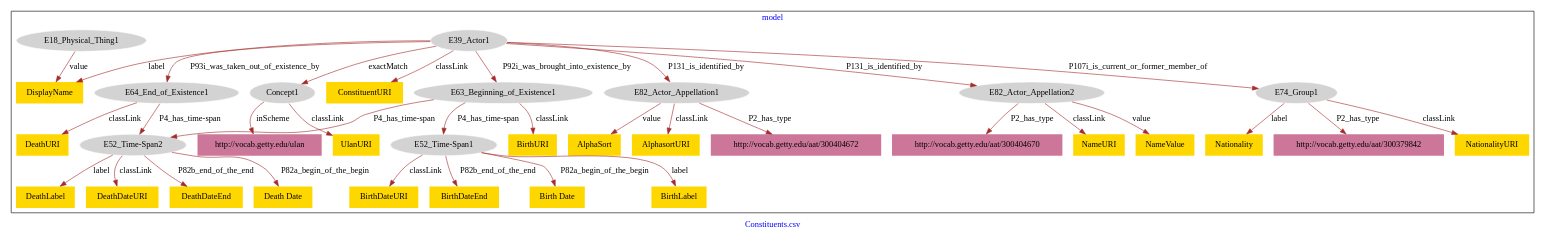
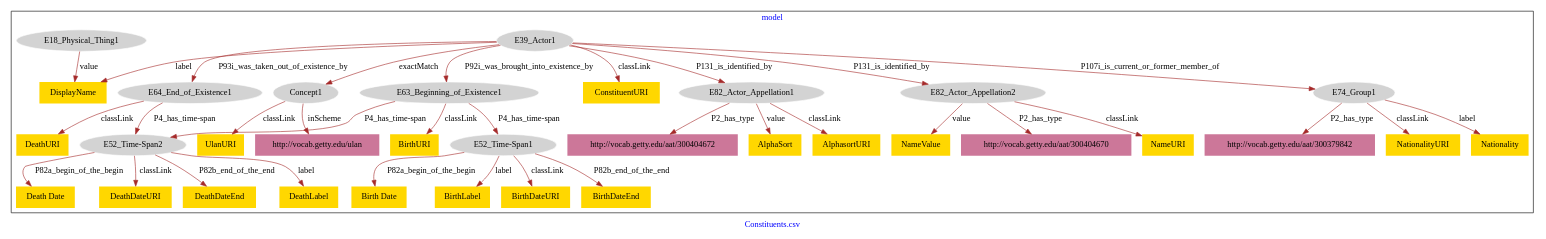
One commit to american-art/GM changed the diagram in Constituents_institutions/Constituents_institutions-model.dot. Above: the diagram before and after it, drawn with Graphviz.

Commit message:
Update file Constituents_institutions-model.dot

```diff
--- a/Constituents_institutions/Constituents_institutions-model.dot
+++ b/Constituents_institutions/Constituents_institutions-model.dot
@@ -1,74 +1,74 @@
 digraph n0 {
 fontcolor="blue"
 remincross="true"
 label="Constituents.csv"
 subgraph cluster {
 label="model"
-n2[style="filled",color="white",fillcolor="lightgray",label="E63_Beginning_of_Existence1"];
-n3[shape="plaintext",style="filled",fillcolor="gold",label="BirthURI"];
+n2[style="filled",color="white",fillcolor="lightgray",label="E39_Actor1"];
+n3[shape="plaintext",style="filled",fillcolor="gold",label="DisplayName"];
 n4[style="filled",color="white",fillcolor="lightgray",label="E82_Actor_Appellation1"];
 n5[shape="plaintext",style="filled",fillcolor="#CC7799",label="http://vocab.getty.edu/aat/300404672"];
-n6[style="filled",color="white",fillcolor="lightgray",label="E39_Actor1"];
-n7[style="filled",color="white",fillcolor="lightgray",label="E64_End_of_Existence1"];
-n8[style="filled",color="white",fillcolor="lightgray",label="E82_Actor_Appellation2"];
-n9[shape="plaintext",style="filled",fillcolor="gold",label="NameValue"];
-n10[shape="plaintext",style="filled",fillcolor="gold",label="AlphaSort"];
-n11[style="filled",color="white",fillcolor="lightgray",label="E74_Group1"];
-n12[shape="plaintext",style="filled",fillcolor="gold",label="NationalityURI"];
-n13[style="filled",color="white",fillcolor="lightgray",label="E52_Time-Span2"];
-n14[shape="plaintext",style="filled",fillcolor="gold",label="DeathLabel"];
-n15[shape="plaintext",style="filled",fillcolor="gold",label="Nationality"];
+n6[style="filled",color="white",fillcolor="lightgray",label="E64_End_of_Existence1"];
+n7[shape="plaintext",style="filled",fillcolor="gold",label="AlphaSort"];
+n8[style="filled",color="white",fillcolor="lightgray",label="E52_Time-Span1"];
+n9[shape="plaintext",style="filled",fillcolor="gold",label="Birth Date"];
+n10[style="filled",color="white",fillcolor="lightgray",label="E82_Actor_Appellation2"];
+n11[shape="plaintext",style="filled",fillcolor="gold",label="BirthLabel"];
+n12[style="filled",color="white",fillcolor="lightgray",label="E52_Time-Span2"];
+n13[shape="plaintext",style="filled",fillcolor="gold",label="Death Date"];
+n14[shape="plaintext",style="filled",fillcolor="gold",label="NameValue"];
+n15[style="filled",color="white",fillcolor="lightgray",label="E74_Group1"];
 n16[shape="plaintext",style="filled",fillcolor="#CC7799",label="http://vocab.getty.edu/aat/300379842"];
-n17[style="filled",color="white",fillcolor="lightgray",label="E18_Physical_Thing1"];
-n18[shape="plaintext",style="filled",fillcolor="gold",label="DisplayName"];
-n19[shape="plaintext",style="filled",fillcolor="gold",label="DeathDateURI"];
-n20[style="filled",color="white",fillcolor="lightgray",label="Concept1"];
-n21[style="filled",color="white",fillcolor="lightgray",label="E52_Time-Span1"];
-n22[shape="plaintext",style="filled",fillcolor="gold",label="BirthDateURI"];
-n23[shape="plaintext",style="filled",fillcolor="#CC7799",label="http://vocab.getty.edu/aat/300404670"];
-n24[shape="plaintext",style="filled",fillcolor="gold",label="ConstituentURI"];
-n25[shape="plaintext",style="filled",fillcolor="gold",label="DeathDateEnd"];
+n17[shape="plaintext",style="filled",fillcolor="gold",label="AlphasortURI"];
+n18[style="filled",color="white",fillcolor="lightgray",label="Concept1"];
+n19[shape="plaintext",style="filled",fillcolor="gold",label="UlanURI"];
+n20[style="filled",color="white",fillcolor="lightgray",label="E63_Beginning_of_Existence1"];
+n21[shape="plaintext",style="filled",fillcolor="gold",label="ConstituentURI"];
+n22[shape="plaintext",style="filled",fillcolor="#CC7799",label="http://vocab.getty.edu/aat/300404670"];
+n23[shape="plaintext",style="filled",fillcolor="gold",label="BirthDateURI"];
+n24[shape="plaintext",style="filled",fillcolor="gold",label="BirthDateEnd"];
+n25[shape="plaintext",style="filled",fillcolor="gold",label="NationalityURI"];
 n26[shape="plaintext",style="filled",fillcolor="gold",label="DeathURI"];
-n27[shape="plaintext",style="filled",fillcolor="gold",label="NameURI"];
-n28[shape="plaintext",style="filled",fillcolor="gold",label="BirthDateEnd"];
-n29[shape="plaintext",style="filled",fillcolor="gold",label="AlphasortURI"];
-n30[shape="plaintext",style="filled",fillcolor="gold",label="Birth Date"];
-n31[shape="plaintext",style="filled",fillcolor="gold",label="BirthLabel"];
-n32[shape="plaintext",style="filled",fillcolor="#CC7799",label="http://vocab.getty.edu/ulan"];
-n33[shape="plaintext",style="filled",fillcolor="gold",label="Death Date"];
-n34[shape="plaintext",style="filled",fillcolor="gold",label="UlanURI"];
+n27[shape="plaintext",style="filled",fillcolor="gold",label="DeathDateURI"];
+n28[style="filled",color="white",fillcolor="lightgray",label="E18_Physical_Thing1"];
+n29[shape="plaintext",style="filled",fillcolor="gold",label="NameURI"];
+n30[shape="plaintext",style="filled",fillcolor="gold",label="DeathDateEnd"];
+n31[shape="plaintext",style="filled",fillcolor="gold",label="BirthURI"];
+n32[shape="plaintext",style="filled",fillcolor="gold",label="Nationality"];
+n33[shape="plaintext",style="filled",fillcolor="gold",label="DeathLabel"];
+n34[shape="plaintext",style="filled",fillcolor="#CC7799",label="http://vocab.getty.edu/ulan"];
 }
-n2 -> n3[color="brown",fontcolor="black",label="classLink"]
+n2 -> n3[color="brown",fontcolor="black",label="label"]
 n4 -> n5[color="brown",fontcolor="black",label="P2_has_type"]
-n6 -> n7[color="brown",fontcolor="black",label="P93i_was_taken_out_of_existence_by"]
-n8 -> n9[color="brown",fontcolor="black",label="value"]
-n6 -> n8[color="brown",fontcolor="black",label="P131_is_identified_by"]
-n4 -> n10[color="brown",fontcolor="black",label="value"]
-n11 -> n12[color="brown",fontcolor="black",label="classLink"]
-n6 -> n4[color="brown",fontcolor="black",label="P131_is_identified_by"]
-n13 -> n14[color="brown",fontcolor="black",label="label"]
-n11 -> n15[color="brown",fontcolor="black",label="label"]
-n11 -> n16[color="brown",fontcolor="black",label="P2_has_type"]
-n17 -> n18[color="brown",fontcolor="black",label="value"]
-n13 -> n19[color="brown",fontcolor="black",label="classLink"]
-n6 -> n20[color="brown",fontcolor="black",label="exactMatch"]
-n2 -> n21[color="brown",fontcolor="black",label="P4_has_time-span"]
-n21 -> n22[color="brown",fontcolor="black",label="classLink"]
-n8 -> n23[color="brown",fontcolor="black",label="P2_has_type"]
-n2 -> n13[color="brown",fontcolor="black",label="P4_has_time-span"]
-n6 -> n24[color="brown",fontcolor="black",label="classLink"]
-n13 -> n25[color="brown",fontcolor="black",label="P82b_end_of_the_end"]
-n7 -> n26[color="brown",fontcolor="black",label="classLink"]
-n8 -> n27[color="brown",fontcolor="black",label="classLink"]
-n21 -> n28[color="brown",fontcolor="black",label="P82b_end_of_the_end"]
-n4 -> n29[color="brown",fontcolor="black",label="classLink"]
-n6 -> n2[color="brown",fontcolor="black",label="P92i_was_brought_into_existence_by"]
-n21 -> n30[color="brown",fontcolor="black",label="P82a_begin_of_the_begin"]
-n21 -> n31[color="brown",fontcolor="black",label="label"]
-n6 -> n11[color="brown",fontcolor="black",label="P107i_is_current_or_former_member_of"]
-n20 -> n32[color="brown",fontcolor="black",label="inScheme"]
-n6 -> n18[color="brown",fontcolor="black",label="label"]
-n7 -> n13[color="brown",fontcolor="black",label="P4_has_time-span"]
-n13 -> n33[color="brown",fontcolor="black",label="P82a_begin_of_the_begin"]
-n20 -> n34[color="brown",fontcolor="black",label="classLink"]
+n2 -> n6[color="brown",fontcolor="black",label="P93i_was_taken_out_of_existence_by"]
+n4 -> n7[color="brown",fontcolor="black",label="value"]
+n8 -> n9[color="brown",fontcolor="black",label="P82a_begin_of_the_begin"]
+n2 -> n10[color="brown",fontcolor="black",label="P131_is_identified_by"]
+n8 -> n11[color="brown",fontcolor="black",label="label"]
+n12 -> n13[color="brown",fontcolor="black",label="P82a_begin_of_the_begin"]
+n10 -> n14[color="brown",fontcolor="black",label="value"]
+n2 -> n4[color="brown",fontcolor="black",label="P131_is_identified_by"]
+n15 -> n16[color="brown",fontcolor="black",label="P2_has_type"]
+n4 -> n17[color="brown",fontcolor="black",label="classLink"]
+n18 -> n19[color="brown",fontcolor="black",label="classLink"]
+n2 -> n18[color="brown",fontcolor="black",label="exactMatch"]
+n20 -> n8[color="brown",fontcolor="black",label="P4_has_time-span"]
+n2 -> n21[color="brown",fontcolor="black",label="classLink"]
+n10 -> n22[color="brown",fontcolor="black",label="P2_has_type"]
+n20 -> n12[color="brown",fontcolor="black",label="P4_has_time-span"]
+n8 -> n23[color="brown",fontcolor="black",label="classLink"]
+n8 -> n24[color="brown",fontcolor="black",label="P82b_end_of_the_end"]
+n15 -> n25[color="brown",fontcolor="black",label="classLink"]
+n6 -> n26[color="brown",fontcolor="black",label="classLink"]
+n12 -> n27[color="brown",fontcolor="black",label="classLink"]
+n28 -> n3[color="brown",fontcolor="black",label="value"]
+n10 -> n29[color="brown",fontcolor="black",label="classLink"]
+n12 -> n30[color="brown",fontcolor="black",label="P82b_end_of_the_end"]
+n20 -> n31[color="brown",fontcolor="black",label="classLink"]
+n15 -> n32[color="brown",fontcolor="black",label="label"]
+n2 -> n20[color="brown",fontcolor="black",label="P92i_was_brought_into_existence_by"]
+n2 -> n15[color="brown",fontcolor="black",label="P107i_is_current_or_former_member_of"]
+n12 -> n33[color="brown",fontcolor="black",label="label"]
+n18 -> n34[color="brown",fontcolor="black",label="inScheme"]
+n6 -> n12[color="brown",fontcolor="black",label="P4_has_time-span"]
 }
```
